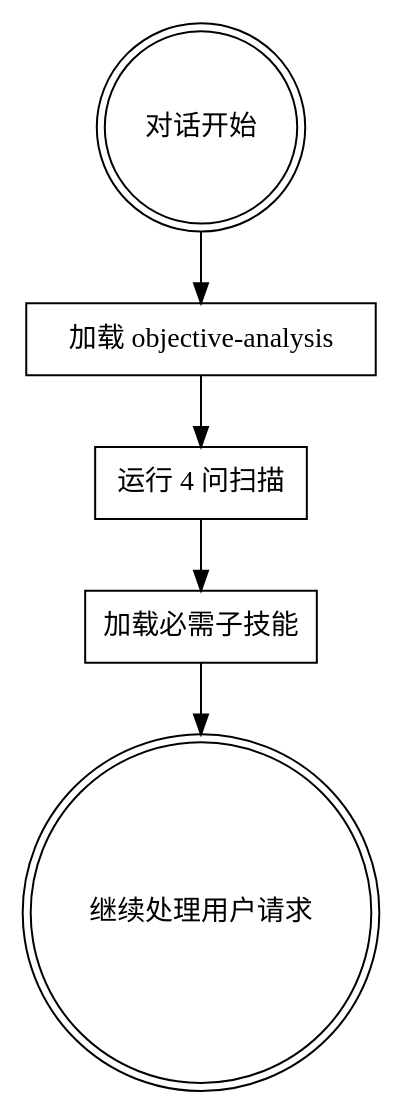
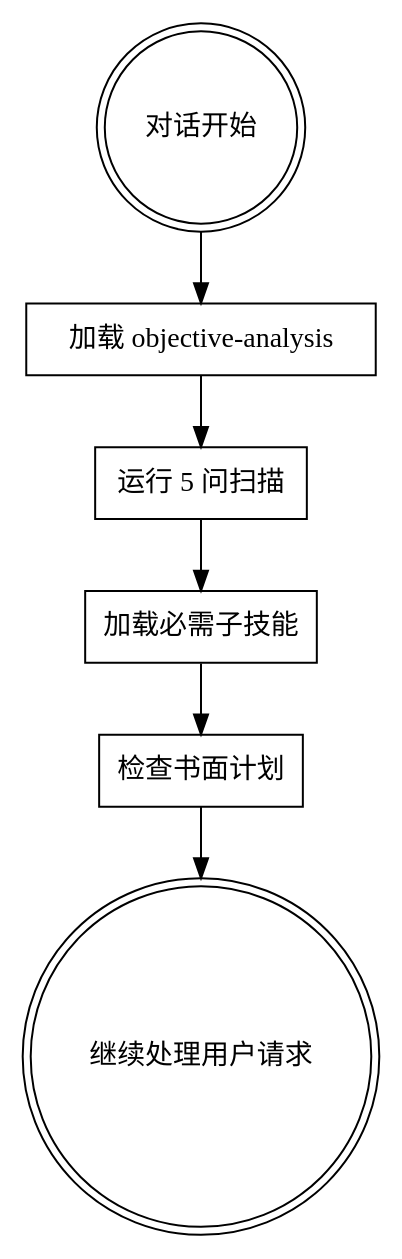
Before and after one commit to HKweiguang/super-singularity-zh: the diagram in skills/using-singularity/SKILL.md, drawn with Graphviz. The commit also changed other lines of this file and 18 other files, not shown here.

````diff
--- a/skills/using-singularity/SKILL.md
+++ b/skills/using-singularity/SKILL.md
@@ -32,14 +32,16 @@
 ```dot
 digraph startup {
     "对话开始" [shape=doublecircle];
     "加载 objective-analysis" [shape=box];
-    "运行 4 问扫描" [shape=box];
+    "运行 5 问扫描" [shape=box];
     "加载必需子技能" [shape=box];
+    "检查书面计划" [shape=box];
     "继续处理用户请求" [shape=doublecircle];
 
     "对话开始" -> "加载 objective-analysis";
-    "加载 objective-analysis" -> "运行 4 问扫描";
-    "运行 4 问扫描" -> "加载必需子技能";
-    "加载必需子技能" -> "继续处理用户请求";
+    "加载 objective-analysis" -> "运行 5 问扫描";
+    "运行 5 问扫描" -> "加载必需子技能";
+    "加载必需子技能" -> "检查书面计划";
+    "检查书面计划" -> "继续处理用户请求";
 }
 ```
````
